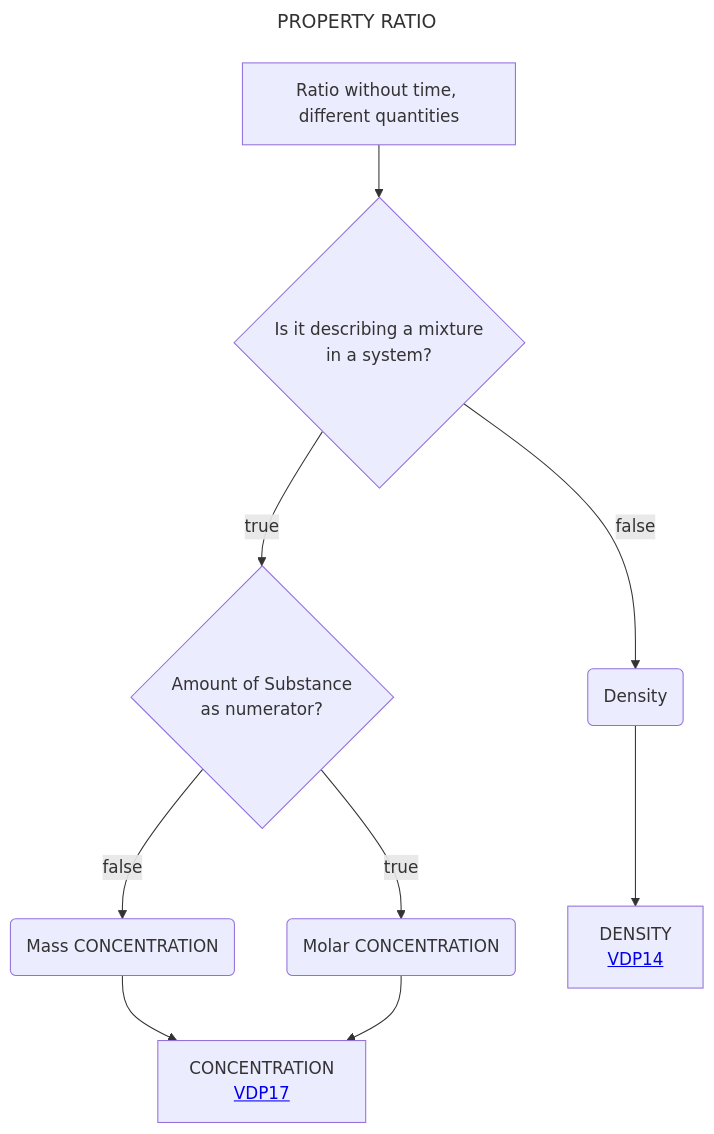
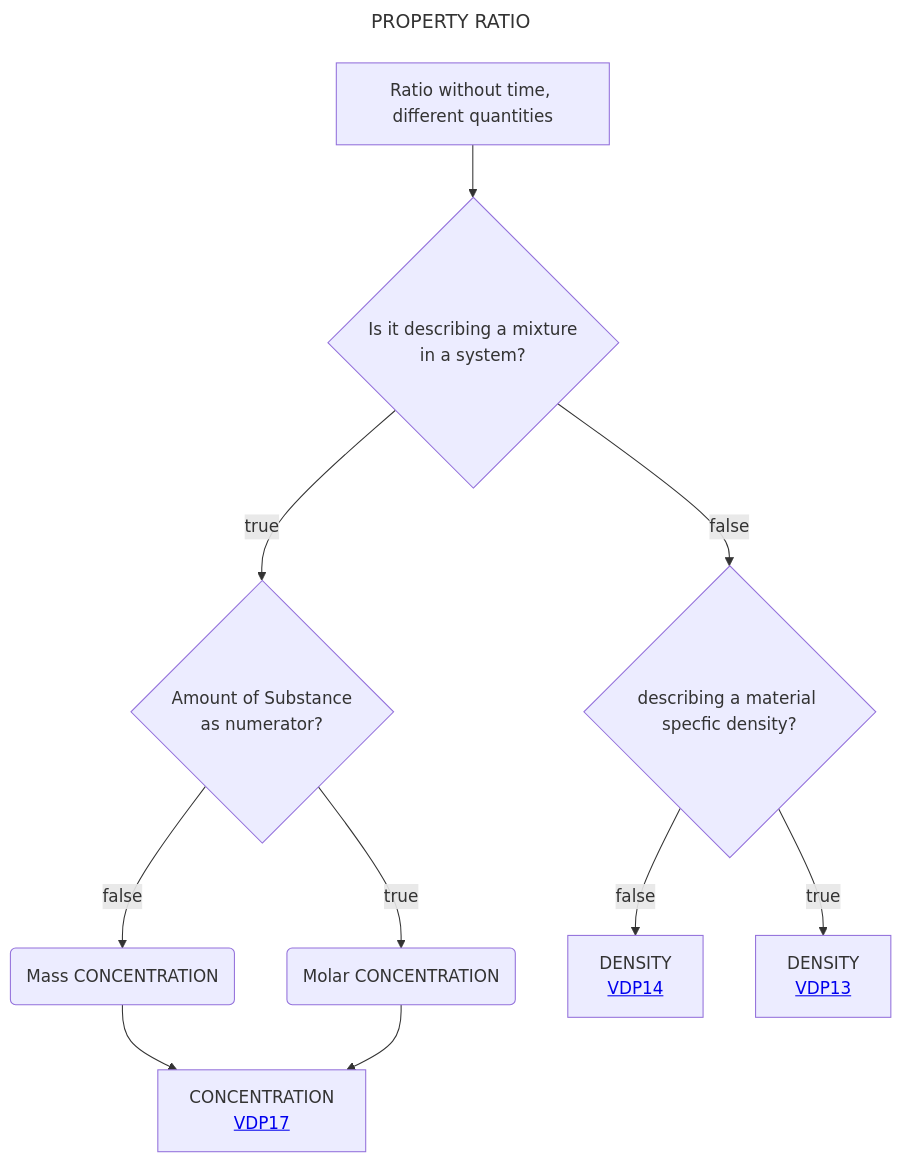
Before and after one commit to mabablue/I-ADOPT-patterns-playground: the diagram in Decisition_trees/DT4.mmd, drawn with Mermaid.

```diff
--- a/Decisition_trees/DT4.mmd
+++ b/Decisition_trees/DT4.mmd
@@ -1,12 +1,13 @@
 ---
 title: PROPERTY RATIO
 ---
 flowchart TD
     A[Ratio without time, different quantities] --> P{Is it describing a mixture <br> in a system?}
     P --> |true|Q{Amount of Substance <br> as numerator?}
     Q --> |true|R(Molar CONCENTRATION)
     Q --> |false|S(Mass CONCENTRATION)
-    P --> |false|U(Density)
+    P --> |false|U{describing a material specfic density?}
     S --> T[CONCENTRATION <br> <a href='https://github.com/mabablue/I-ADOPT-patterns-playground/blob/main/pattern/VDP17.yaml'>VDP17</a>]
     R --> T
-    U --> V[DENSITY <br> <a href='https://github.com/mabablue/I-ADOPT-patterns-playground/blob/main/pattern/VDP14.yaml'>VDP14</a>]
+    U --> |false|V[DENSITY <br> <a href='https://github.com/mabablue/I-ADOPT-patterns-playground/blob/main/pattern/VDP14.yaml'>VDP14</a>]
+    U --> |true|X[DENSITY <br> <a href='https://github.com/mabablue/I-ADOPT-patterns-playground/blob/main/pattern/VDP13.yaml'>VDP13</a>]
```
